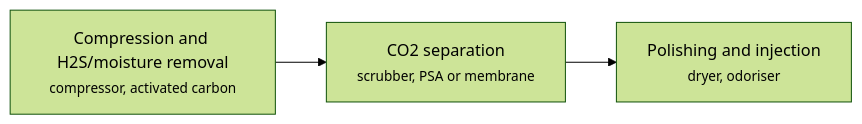
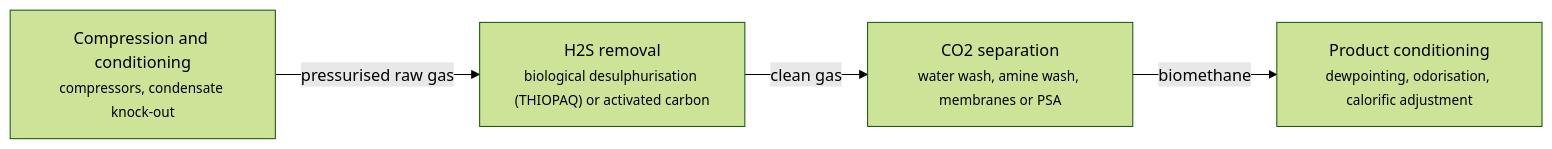
The third of 35 diagrams in catalog/index/technologies-H2.md (tenunan-dev/hilir-tech-library), drawn with Mermaid (forest theme) before and after one commit. The commit also changed other lines of this file and 94 other files, not shown here.

````diff
--- a/catalog/index/technologies-H2.md
+++ b/catalog/index/technologies-H2.md
@@ -128,8 +128,10 @@
 ```mermaid
 flowchart LR
-    PRE["Compression and H2S/moisture removal<br/><small>compressor, activated carbon</small>"]
-    SEP["CO2 separation<br/><small>scrubber, PSA or membrane</small>"]
-    POL["Polishing and injection<br/><small>dryer, odoriser</small>"]
-    PRE --> SEP
-    SEP --> POL
+    COMP["Compression and conditioning<br/><small>compressors, condensate knock-out</small>"]
+    H2S["H2S removal<br/><small>biological desulphurisation (THIOPAQ) or activated carbon</small>"]
+    CO2["CO2 separation<br/><small>water wash, amine wash, membranes or PSA</small>"]
+    PROD["Product conditioning<br/><small>dewpointing, odorisation, calorific adjustment</small>"]
+    COMP -->|pressurised raw gas| H2S
+    H2S -->|clean gas| CO2
+    CO2 -->|biomethane| PROD
 ```
````
